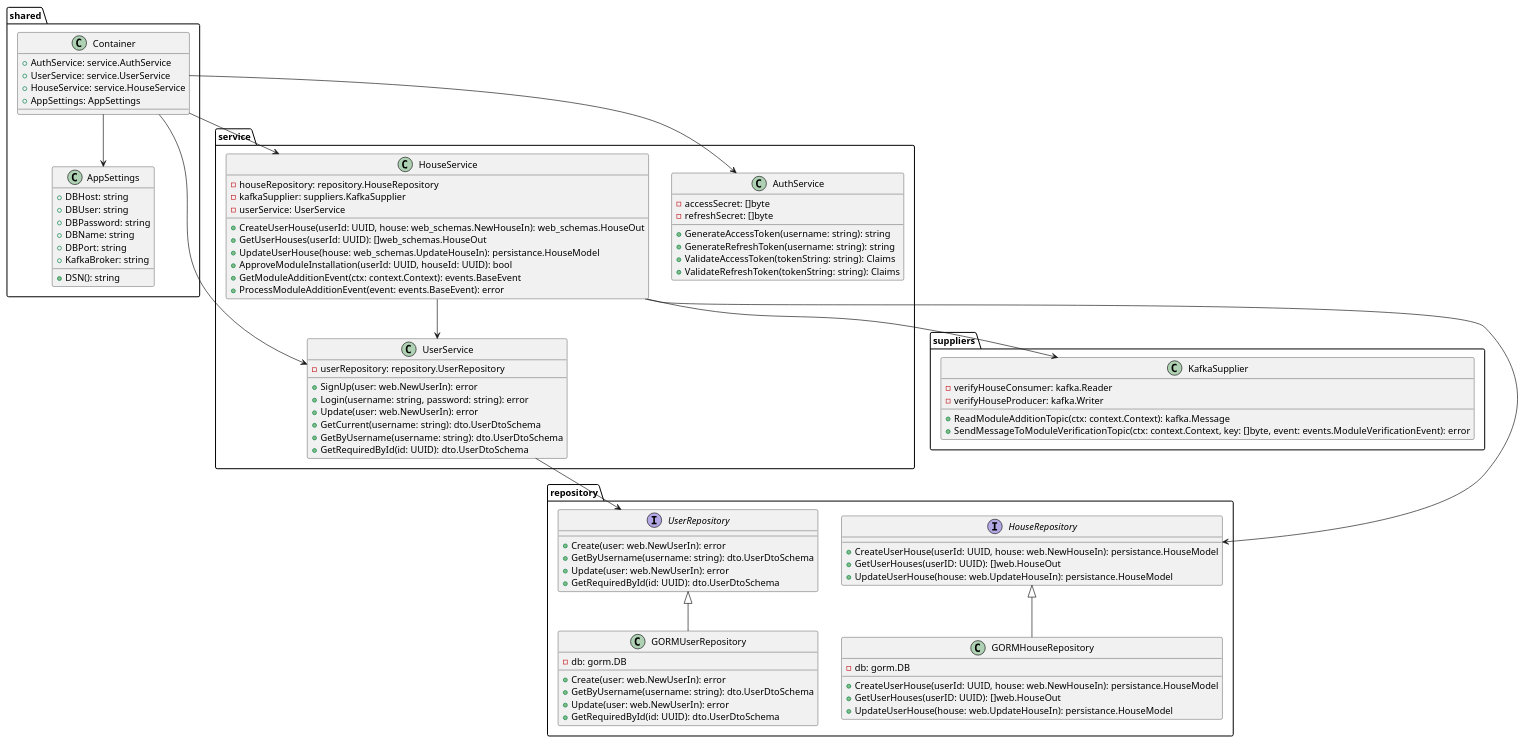
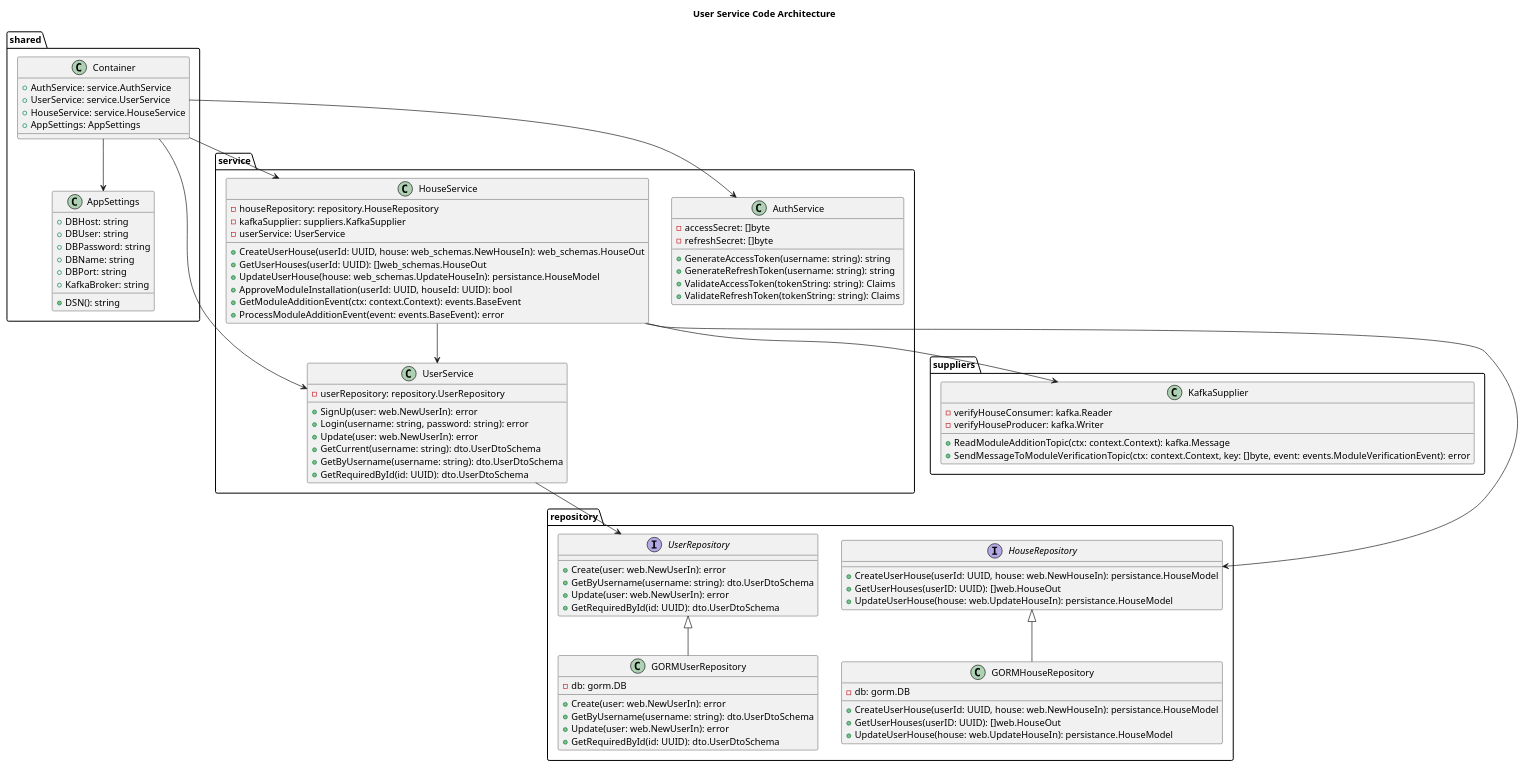
The diagram in user-service/Code_CleverVillageSystem_UserService.puml (baydinvladislav/architecture-sprint-3), drawn with PlantUML before and after one commit. The commit also changed 3 other files, not shown here.

Commit message:
update c4 code diagrams

```diff
--- a/user-service/Code_CleverVillageSystem_UserService.puml
+++ b/user-service/Code_CleverVillageSystem_UserService.puml
@@ -1,111 +1,112 @@
 @startuml
+title User Service Code Architecture
 
 package "suppliers" {
     class KafkaSupplier {
         - verifyHouseConsumer: kafka.Reader
         - verifyHouseProducer: kafka.Writer
         + ReadModuleAdditionTopic(ctx: context.Context): kafka.Message
         + SendMessageToModuleVerificationTopic(ctx: context.Context, key: []byte, event: events.ModuleVerificationEvent): error
     }
 }
 
 package "shared" {
     class Container {
         + AuthService: service.AuthService
         + UserService: service.UserService
         + HouseService: service.HouseService
         + AppSettings: AppSettings
     }
 }
 
 package "service" {
     class AuthService {
         - accessSecret: []byte
         - refreshSecret: []byte
         + GenerateAccessToken(username: string): string
         + GenerateRefreshToken(username: string): string
         + ValidateAccessToken(tokenString: string): Claims
         + ValidateRefreshToken(tokenString: string): Claims
     }
 
     class HouseService {
         - houseRepository: repository.HouseRepository
         - kafkaSupplier: suppliers.KafkaSupplier
         - userService: UserService
         + CreateUserHouse(userId: UUID, house: web_schemas.NewHouseIn): web_schemas.HouseOut
         + GetUserHouses(userId: UUID): []web_schemas.HouseOut
         + UpdateUserHouse(house: web_schemas.UpdateHouseIn): persistance.HouseModel
         + ApproveModuleInstallation(userId: UUID, houseId: UUID): bool
         + GetModuleAdditionEvent(ctx: context.Context): events.BaseEvent
         + ProcessModuleAdditionEvent(event: events.BaseEvent): error
     }
 
     class UserService {
         - userRepository: repository.UserRepository
         + SignUp(user: web.NewUserIn): error
         + Login(username: string, password: string): error
         + Update(user: web.NewUserIn): error
         + GetCurrent(username: string): dto.UserDtoSchema
         + GetByUsername(username: string): dto.UserDtoSchema
         + GetRequiredById(id: UUID): dto.UserDtoSchema
     }
 }
 
 package "repository" {
     interface HouseRepository {
         + CreateUserHouse(userId: UUID, house: web.NewHouseIn): persistance.HouseModel
         + GetUserHouses(userID: UUID): []web.HouseOut
         + UpdateUserHouse(house: web.UpdateHouseIn): persistance.HouseModel
     }
 
     class GORMHouseRepository {
         - db: gorm.DB
         + CreateUserHouse(userId: UUID, house: web.NewHouseIn): persistance.HouseModel
         + GetUserHouses(userID: UUID): []web.HouseOut
         + UpdateUserHouse(house: web.UpdateHouseIn): persistance.HouseModel
     }
 
     HouseRepository <|-- GORMHouseRepository
 
     interface UserRepository {
         + Create(user: web.NewUserIn): error
         + GetByUsername(username: string): dto.UserDtoSchema
         + Update(user: web.NewUserIn): error
         + GetRequiredById(id: UUID): dto.UserDtoSchema
     }
 
     class GORMUserRepository {
         - db: gorm.DB
         + Create(user: web.NewUserIn): error
         + GetByUsername(username: string): dto.UserDtoSchema
         + Update(user: web.NewUserIn): error
         + GetRequiredById(id: UUID): dto.UserDtoSchema
     }
 
     UserRepository <|-- GORMUserRepository
 }
 
 package "shared" {
     class AppSettings {
         + DBHost: string
         + DBUser: string
         + DBPassword: string
         + DBName: string
         + DBPort: string
         + KafkaBroker: string
         + DSN(): string
     }
 }
 
 Container --> AuthService
 Container --> UserService
 Container --> HouseService
 Container --> AppSettings
 
 HouseService --> HouseRepository
 HouseService --> suppliers.KafkaSupplier
 HouseService --> UserService
 
 UserService --> UserRepository
 
 @enduml
```
